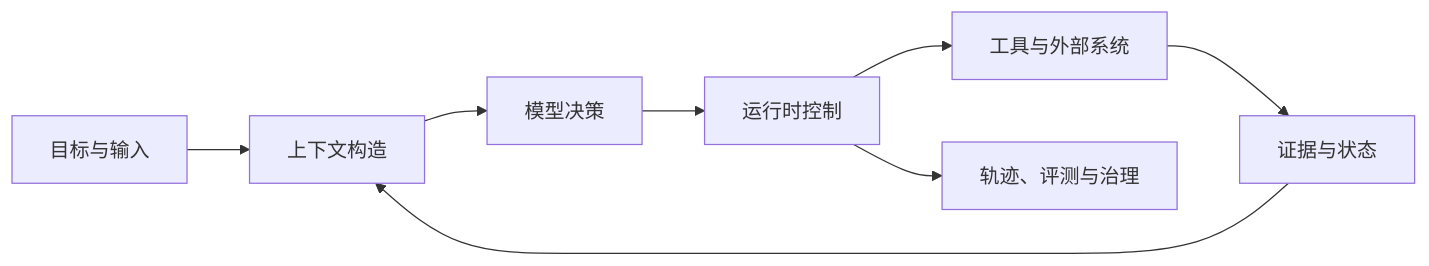
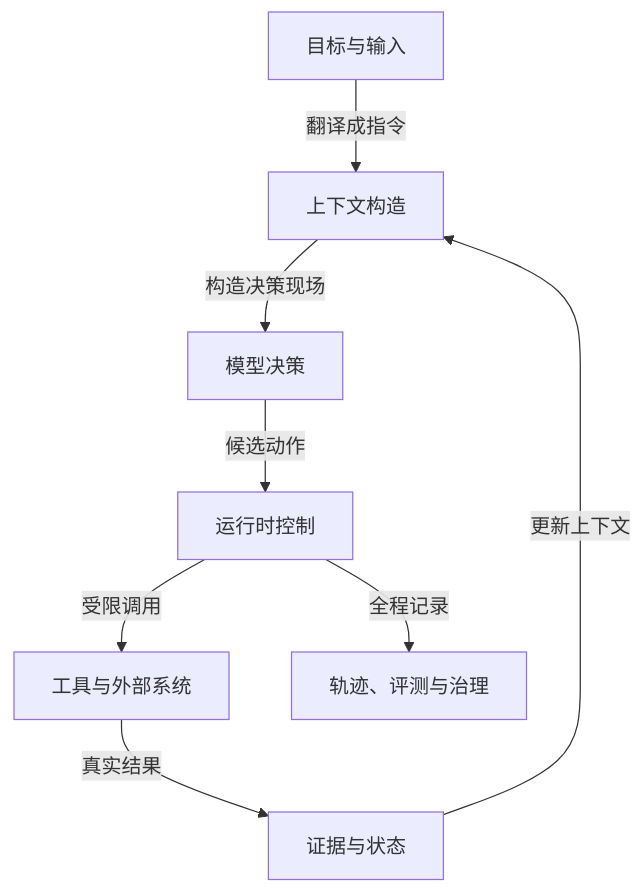
Before and after one commit to hub138/technical-knowledge: the first of 2 diagrams in vault/工程知识/AI 系统工程：从模型能力到生产能力/Agent与工作流/构建可靠Agent应用.md, drawn with Mermaid. The commit also changed other lines of this file and 622 other files, not shown here.

````diff
--- a/vault/工程知识/AI 系统工程：从模型能力到生产能力/Agent与工作流/构建可靠Agent应用.md
+++ b/vault/工程知识/AI 系统工程：从模型能力到生产能力/Agent与工作流/构建可靠Agent应用.md
@@ -33,10 +40,10 @@
 ```mermaid
-flowchart LR
-    I[目标与输入] --> C[上下文构造]
-    C --> M[模型决策]
-    M --> R[运行时控制]
-    R --> T[工具与外部系统]
-    T --> E[证据与状态]
-    E --> C
-    R --> O[轨迹、评测与治理]
+flowchart TD
+    I[目标与输入] -->|翻译成指令| C[上下文构造]
+    C -->|构造决策现场| M[模型决策]
+    M -->|候选动作| R[运行时控制]
+    R -->|受限调用| T[工具与外部系统]
+    T -->|真实结果| E[证据与状态]
+    E -->|更新上下文| C
+    R -->|全程记录| O[轨迹、评测与治理]
 ```
````
